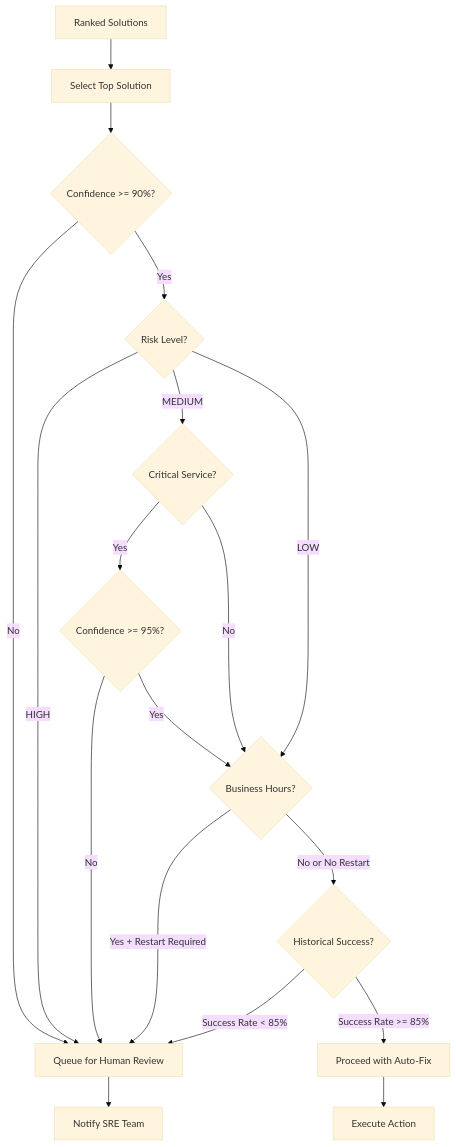
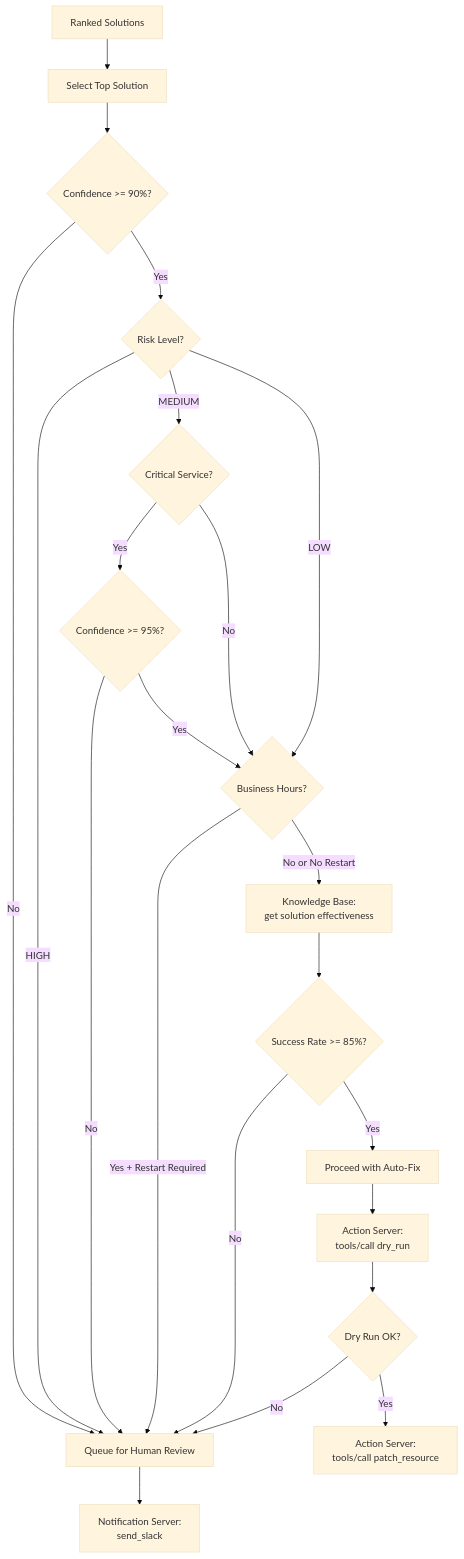
Diagram 14 of 24 in WORKFLOW.md (ravindra-lakal/KubeSage), drawn with Mermaid (base theme) before and after one commit. The commit also changed other lines of this file and 7 other files, not shown here.

````diff
--- a/WORKFLOW.md
+++ b/WORKFLOW.md
@@ -398,27 +532,33 @@
 ```mermaid
 flowchart TD
     Solutions[Ranked Solutions] --> TopSolution[Select Top Solution]
     
     TopSolution --> CheckConfidence{Confidence >= 90%?}
     CheckConfidence -->|No| HumanReview[Queue for Human Review]
     CheckConfidence -->|Yes| CheckRisk{Risk Level?}
     
     CheckRisk -->|HIGH| HumanReview
     CheckRisk -->|MEDIUM| CheckCritical{Critical Service?}
     CheckRisk -->|LOW| CheckTime{Business Hours?}
     
     CheckCritical -->|Yes| CheckHighConfidence{Confidence >= 95%?}
     CheckCritical -->|No| CheckTime
     
     CheckHighConfidence -->|No| HumanReview
     CheckHighConfidence -->|Yes| CheckTime
     
     CheckTime -->|Yes + Restart Required| HumanReview
-    CheckTime -->|No or No Restart| CheckHistory{Historical Success?}
+    CheckTime -->|No or No Restart| CheckHistory[Knowledge Base:<br/>get solution effectiveness]
     
-    CheckHistory -->|Success Rate < 85%| HumanReview
-    CheckHistory -->|Success Rate >= 85%| AutoFix[Proceed with Auto-Fix]
+    CheckHistory --> HistSuccess{Success Rate >= 85%?}
+    HistSuccess -->|No| HumanReview
+    HistSuccess -->|Yes| AutoFix[Proceed with Auto-Fix]
     
-    AutoFix --> Execute[Execute Action]
-    HumanReview --> Notify[Notify SRE Team]
+    AutoFix --> DryRun[Action Server:<br/>tools/call dry_run]
+    DryRun --> DrySuccess{Dry Run OK?}
+    
+    DrySuccess -->|No| HumanReview
+    DrySuccess -->|Yes| Execute[Action Server:<br/>tools/call patch_resource]
+    
+    HumanReview --> Notify[Notification Server:<br/>send_slack]
 ```
````
